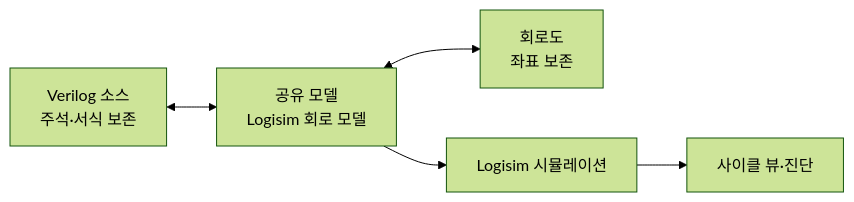
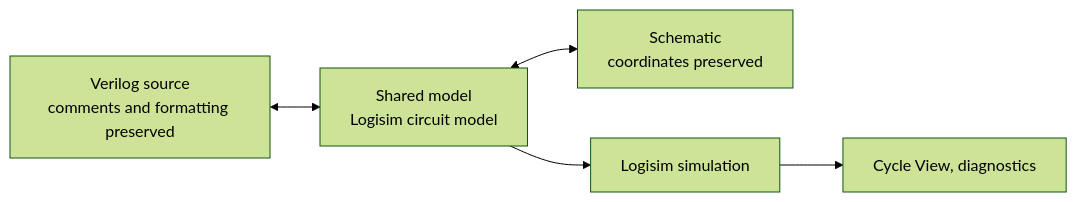
One commit to ars2323/hallym-circuit-studio changed the third of 3 diagrams in PLAN.md. Above: the diagram before and after it, drawn with Mermaid (forest theme). The commit also changed other lines of this file and 4 other files, not shown here.

````diff
--- a/PLAN.md
+++ b/PLAN.md
@@ -378,7 +377,7 @@
 ```mermaid
 flowchart LR
-  V[Verilog 소스<br/>주석·서식 보존] <--> M[공유 모델<br/>Logisim 회로 모델]
-  M <--> S[회로도<br/>좌표 보존]
-  M --> Sim[Logisim 시뮬레이션]
-  Sim --> C[사이클 뷰·진단]
+  V[Verilog source<br/>comments and formatting preserved] <--> M[Shared model<br/>Logisim circuit model]
+  M <--> S[Schematic<br/>coordinates preserved]
+  M --> Sim[Logisim simulation]
+  Sim --> C[Cycle View, diagnostics]
 ```
````
